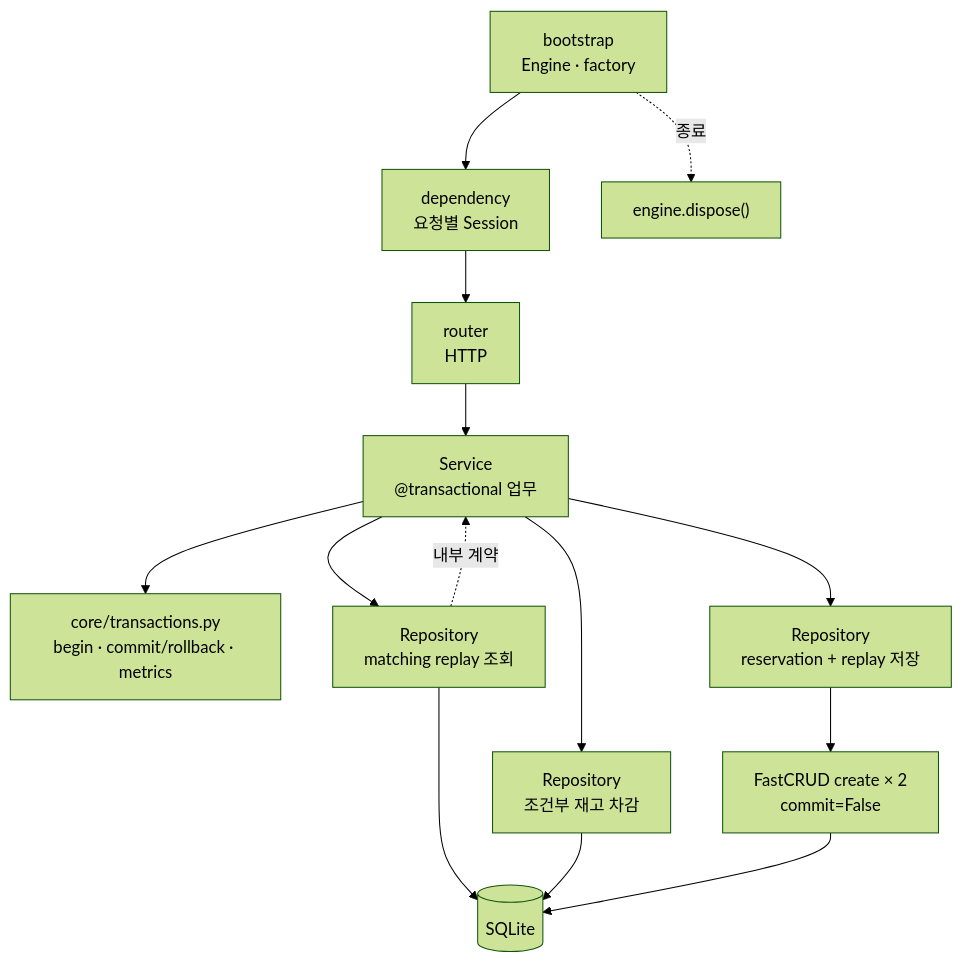
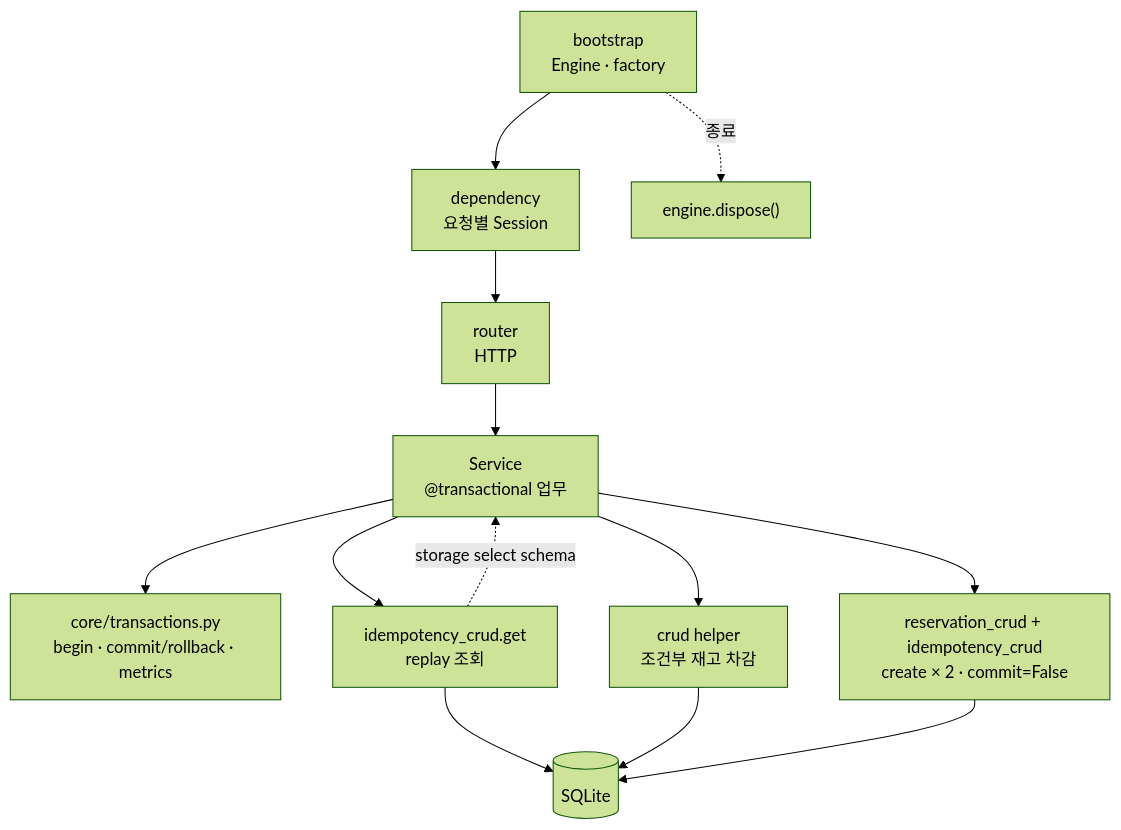
The second of 2 diagrams in design/implementations/fastapi-fastcrud.md (Dae-Jeong/BackendTemplate), drawn with Mermaid (forest theme) before and after one commit. The commit also changed other lines of this file and 12 other files, not shown here.

Commit message:
refactor(fastcrud): expose CRUD boundary to service

````diff
--- a/design/implementations/fastapi-fastcrud.md
+++ b/design/implementations/fastapi-fastcrud.md
@@ -102,16 +103,15 @@
 ```mermaid
 flowchart TD
     BOOT["bootstrap<br/>Engine · factory"] --> DEP["dependency<br/>요청별 Session"]
     DEP --> ROUTER["router<br/>HTTP"]
     ROUTER --> SERVICE["Service<br/>@transactional 업무"]
     SERVICE --> BOUNDARY["core/transactions.py<br/>begin · commit/rollback · metrics"]
-    SERVICE --> REPLAY["Repository<br/>matching replay 조회"]
-    SERVICE --> STOCK["Repository<br/>조건부 재고 차감"]
-    SERVICE --> SAVE["Repository<br/>reservation + replay 저장"]
+    SERVICE --> REPLAY["idempotency_crud.get<br/>replay 조회"]
+    SERVICE --> STOCK["crud helper<br/>조건부 재고 차감"]
+    SERVICE --> SAVE["reservation_crud + idempotency_crud<br/>create × 2 · commit=False"]
     REPLAY --> DB[("SQLite")]
     STOCK --> DB
-    SAVE --> CRUD["FastCRUD create × 2<br/>commit=False"]
-    CRUD --> DB
-    REPLAY -. "내부 계약" .-> SERVICE
+    SAVE --> DB
+    REPLAY -. "storage select schema" .-> SERVICE
     BOOT -. "종료" .-> DISPOSE["engine.dispose()"]
 ```
````
